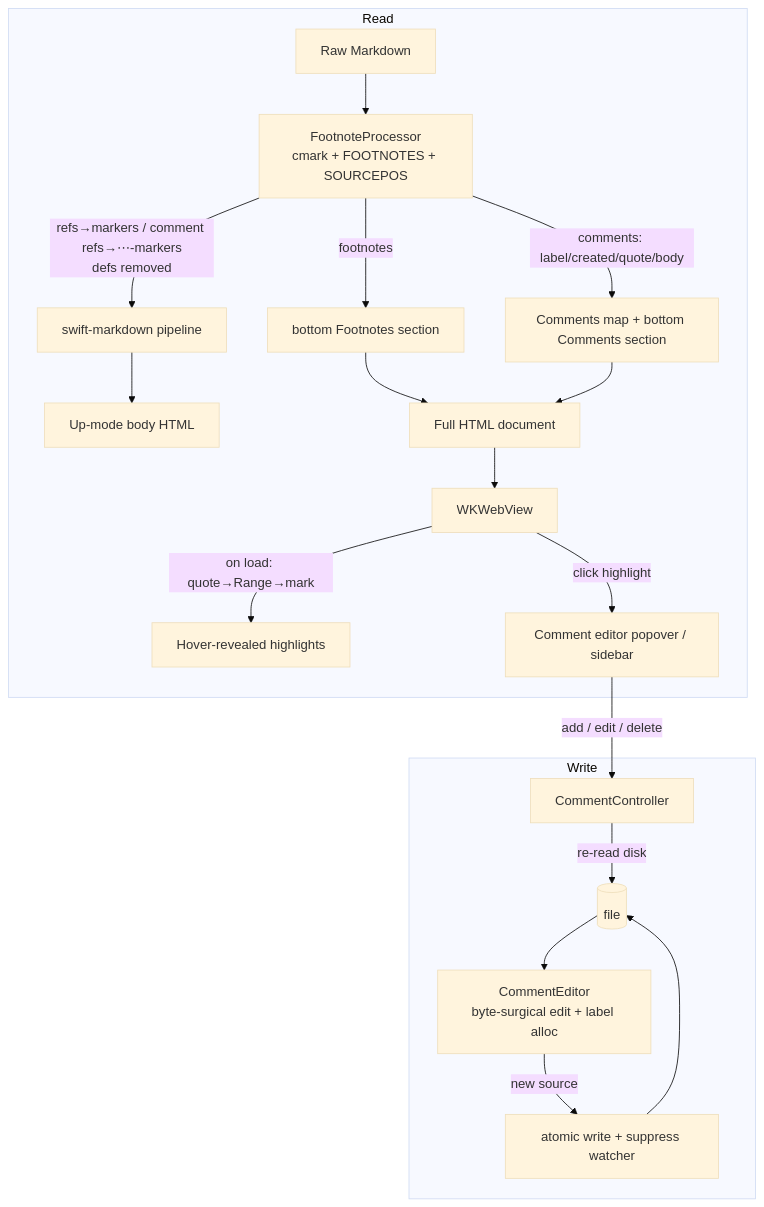
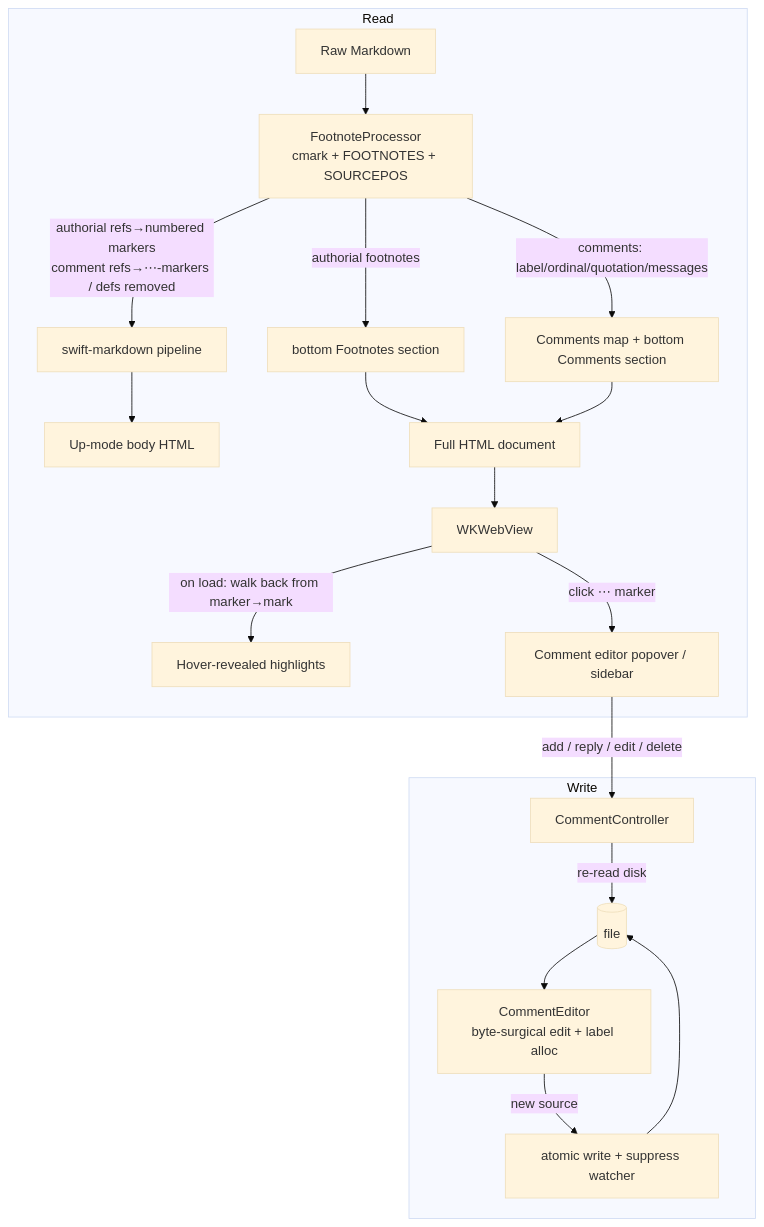
Before and after one commit to joseph/mud: the diagram in Doc/Plans/2026-05-footnote-comments.md, drawn with Mermaid (base theme). The commit also changed other lines of this file and 2 other files, not shown here.

Commit message:
WIP -- Doc: continued word on Comments plan and spec…

````diff
--- a/Doc/Plans/2026-05-footnote-comments.md
+++ b/Doc/Plans/2026-05-footnote-comments.md
@@ -181,22 +252,22 @@
 ```mermaid
 flowchart TD
     subgraph Read
       SRC[Raw Markdown] --> FP[FootnoteProcessor<br/>cmark + FOOTNOTES + SOURCEPOS]
-      FP -->|refs→markers / comment refs→⋯-markers<br/>defs removed| PM[swift-markdown pipeline]
-      FP -->|footnotes| FN[bottom Footnotes section]
-      FP -->|comments: label/created/quote/body| CM[Comments map + bottom Comments section]
+      FP -->|authorial refs→numbered markers<br/>comment refs→⋯-markers / defs removed| PM[swift-markdown pipeline]
+      FP -->|authorial footnotes| FN[bottom Footnotes section]
+      FP -->|comments: label/ordinal/quotation/messages| CM[Comments map + bottom Comments section]
       PM --> BODY[Up-mode body HTML]
       FN --> DOC[Full HTML document]
       CM --> DOC
       DOC --> WV[WKWebView]
-      WV -->|on load: quote→Range→mark| HL[Hover-revealed highlights]
-      WV -->|click highlight| ED[Comment editor popover / sidebar]
+      WV -->|on load: walk back from marker→mark| HL[Hover-revealed highlights]
+      WV -->|click ⋯ marker| ED[Comment editor popover / sidebar]
     end
     subgraph Write
-      ED -->|add / edit / delete| CC[CommentController]
+      ED -->|add / reply / edit / delete| CC[CommentController]
       CC -->|re-read disk| DISK[(file)]
       DISK --> CE[CommentEditor<br/>byte-surgical edit + label alloc]
       CE -->|new source| AW[atomic write + suppress watcher]
       AW --> DISK
     end
 ```
````
